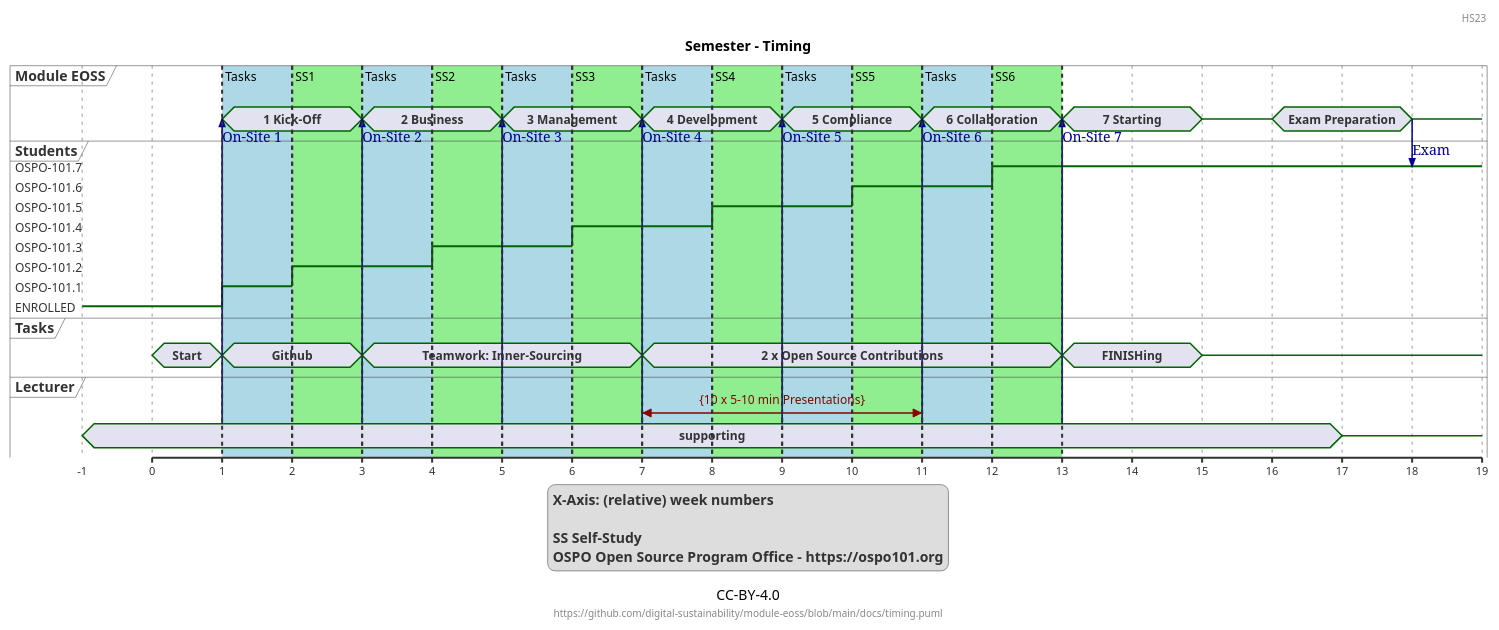
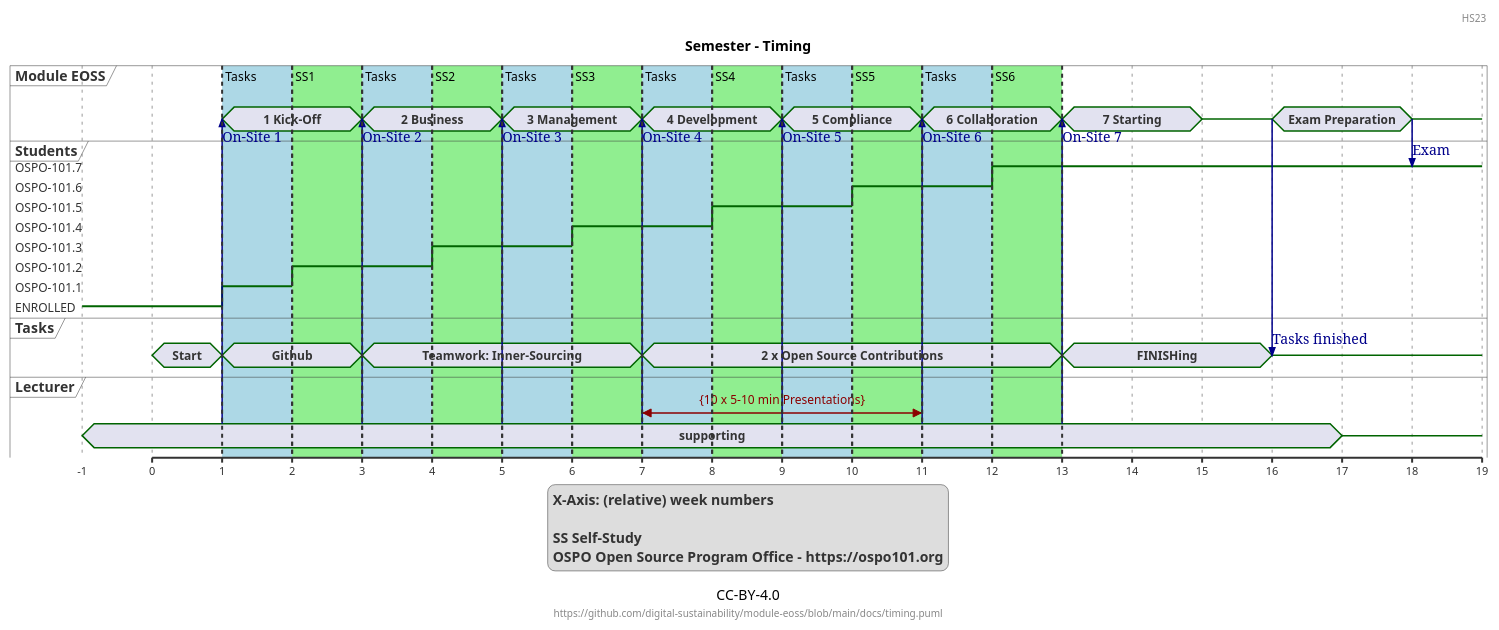
Before and after one commit to digital-sustainability/module-eoss: the diagram in docs/timing.puml, drawn with PlantUML.

Commit message:
more precise tasks timing

```diff
--- a/docs/timing.puml
+++ b/docs/timing.puml
@@ -1,109 +1,110 @@
 @startuml
 Title Semester - Timing
 header: HS23
 footer: "https://github.com/digital-sustainability/module-eoss/blob/main/docs/timing.puml"
 caption CC-BY-4.0
 
 legend
 X-Axis: (relative) week numbers
 
 SS Self-Study
 OSPO Open Source Program Office - https://ospo101.org
 end legend
 
 concise "Module EOSS" as eoss
 robust "Students" as students
 concise "Tasks" as tasks
 concise "Lecturer" as lecturer
 scale 1 as 70 pixels
 
 @-1
 students is ENROLLED
 lecturer is supporting
 
 @+1
 tasks is Start
 
 @1
 lecturer -> eoss: On-Site 1
 eoss is "1 Kick-Off"
 tasks is Github
 students is OSPO-101.1
 
 @+1
 students is OSPO-101.2
 
 @+1
 lecturer -> eoss: On-Site 2
 eoss is "2 Business"
 tasks is "Teamwork: Inner-Sourcing"
 @7 <-> @11 : {10 x 5-10 min Presentations}
 
 @+1
 students is OSPO-101.3
 
 @+1
 lecturer -> eoss: On-Site 3
 eoss is "3 Management"
 
 @+1
 students is OSPO-101.4
 
 @+1
 lecturer -> eoss: On-Site 4
 eoss is "4 Development"
 tasks is "2 x Open Source Contributions"
 
 @+1
 students is OSPO-101.5
 
 @+1
 lecturer -> eoss: On-Site 5
 eoss is "5 Compliance"
 
 @+1
 students is OSPO-101.6
 
 @+1
 lecturer -> eoss: On-Site 6
 eoss is "6 Collaboration"
 
 @+1
 students is OSPO-101.7
 
 @+1
 lecturer -> eoss: On-Site 7
 eoss is "7 Starting"
 tasks is FINISHing
 
 @+1
 
 @+1
 eoss is {-}
-tasks is {-}
 
 @+1
+eoss -> tasks: Tasks finished
+tasks is {-}
 eoss is "Exam Preparation"
 
 @+1
 lecturer is {-}
 
 @+1
 eoss -> students: Exam
 eoss is {-}
 
 highlight 2 to 3 #lightgreen : SS1
 highlight 4 to 5 #lightgreen : SS2
 highlight 6 to 7 #lightgreen : SS3
 highlight 8 to 9 #lightgreen : SS4
 highlight 10 to 11 #lightgreen : SS5
 highlight 12 to 13 #lightgreen : SS6
 
 highlight 1 to 2 #lightblue : Tasks
 highlight 3 to 4 #lightblue : Tasks
 highlight 5 to 6 #lightblue : Tasks
 highlight 7 to 8 #lightblue : Tasks
 highlight 9 to 10 #lightblue : Tasks
 highlight 11 to 12 #lightblue : Tasks
 
 @enduml
```
